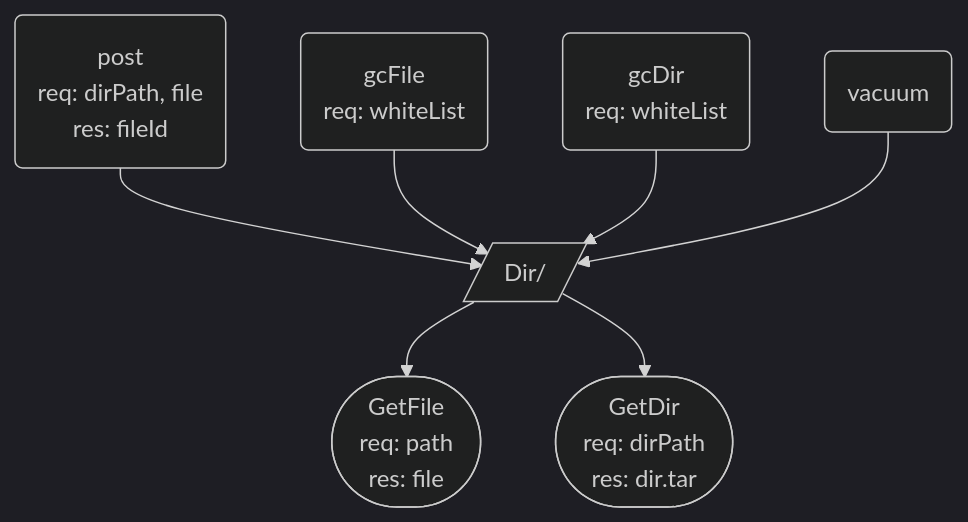
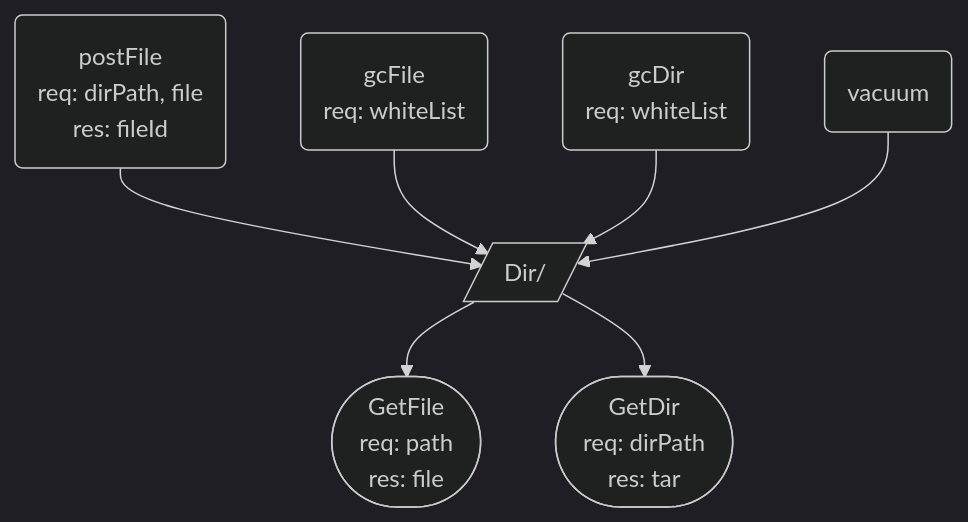
Before and after one commit to tappoy/jns: the diagram in microservice/file/README.md, drawn with Mermaid (dark theme). The commit also changed 10 other files, not shown here.

````diff
--- a/microservice/file/README.md
+++ b/microservice/file/README.md
@@ -2,33 +2,33 @@
 ```mermaid
 flowchart
 
 DIR1[/Dir//]
 
 API1([GetFile
 	req: path
-    res: file])
+	res: file])
 
 API2([GetDir
 	req: dirPath
-    res: dir.tar])
+	res: tar])
 
-pAPI1(post
+pAPI1(postFile
 	req: dirPath, file
 	res: fileId)
 
 pAPI2(gcFile
 	req: whiteList)
 
 pAPI3(gcDir
 	req: whiteList)
 
 pAPI4(vacuum)
 
 pAPI1 --> DIR1
 pAPI2 --> DIR1
 pAPI3 --> DIR1
 pAPI4 --> DIR1
 
 DIR1 --> API1
 DIR1 --> API2
 ```
````
